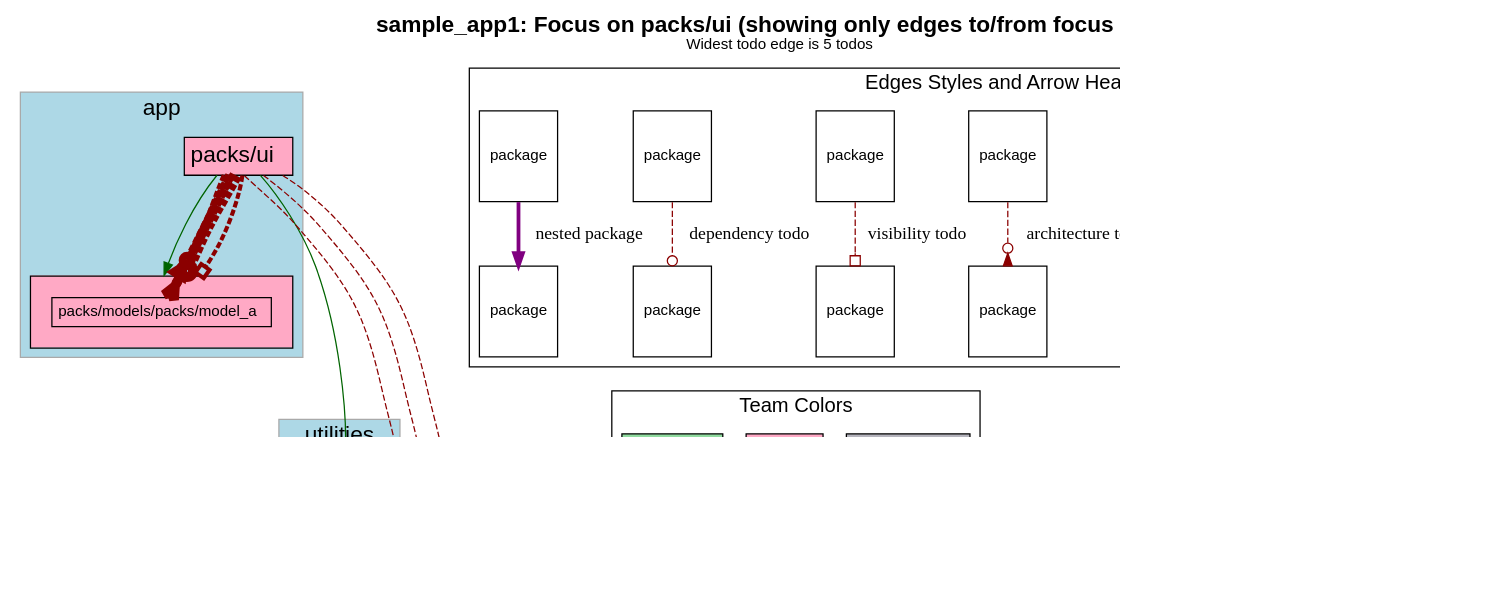
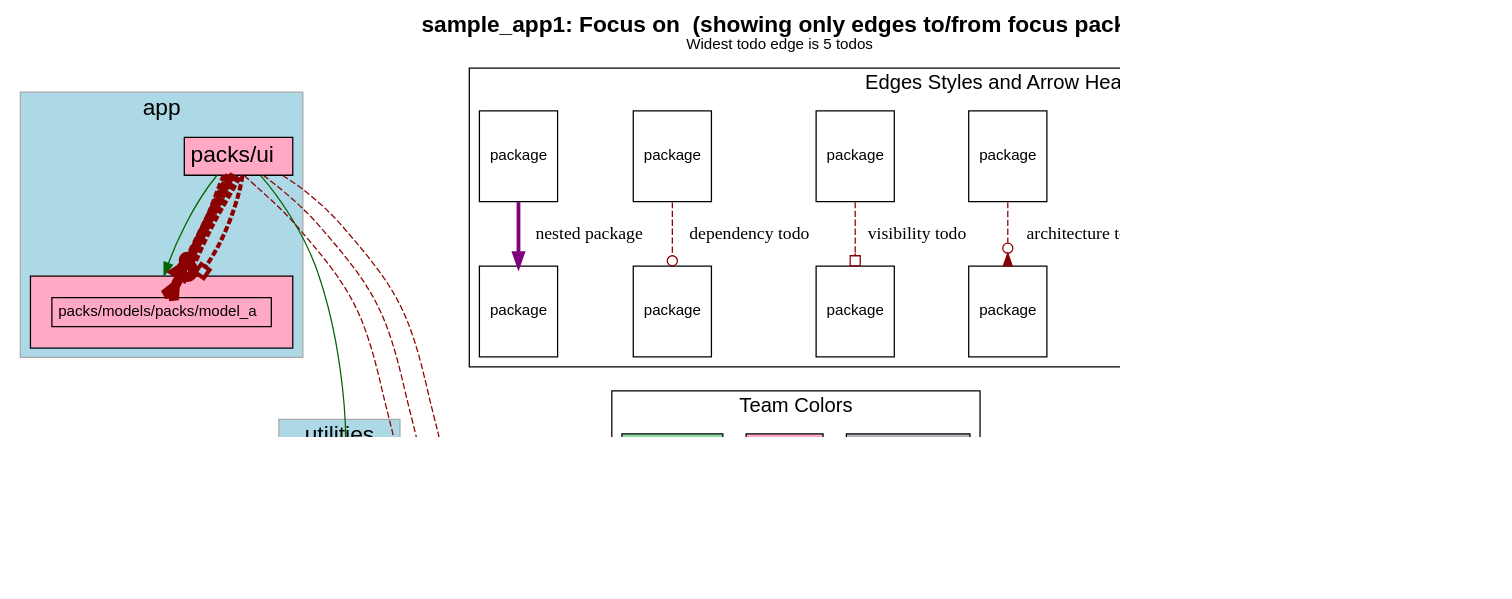
Before and after one commit to rubyatscale/visualize_packs: the diagram in spec/sample_app1/test_output/focussed_on_packs_ui_focus_edges.dot, drawn with Graphviz. The commit also changed 4 other files, not shown here.

```diff
--- a/spec/sample_app1/test_output/focussed_on_packs_ui_focus_edges.dot
+++ b/spec/sample_app1/test_output/focussed_on_packs_ui_focus_edges.dot
@@ -1,190 +1,190 @@
 digraph package_diagram {
   rankdir=TD
   graph [
     labelloc="t"
     fontname="Helvetica,Arial,sans-serif"
     dpi=100
     layout=dot
-    label=<<b>sample_app1: Focus on packs/ui (showing only edges to/from focus pack)</b><br/><font point-size='12'>Widest todo edge is 5 todos</font>>
+    label=<<b>sample_app1: Focus on  (showing only edges to/from focus pack)</b><br/><font point-size='12'>Widest todo edge is 5 todos</font>>
     fontsize=18
   ]
   node [
     fontname="Helvetica,Arial,sans-serif"
     fontsize=26.0
     fontcolor=black
     fillcolor=white
     color=black
     height=1.0
     style=filled
     shape=plain
   ]
     subgraph app {
       shape=box
       color=darkgrey
       fillcolor=lightblue
       style=filled
         label="app"
         cluster=true
         rank = 0        "packs/models/packs/model_a" [
             fontsize=12.0
               URL="https://github.com/rubyatscale/visualize_packwerk/tree/main/spec/sample_app/packs/models/packs/model_a"
 
               style=filled
               fillcolor="#FFA9C5"
             label= <
                 <table border='0' cellborder='1' cellspacing='0' cellpadding='16'><tr><td>
                   <table border='0' cellborder='1' cellspacing='0' cellpadding='4'>
                     <tr> <td port='private'> packs/models/packs/model_a </td> </tr>
                   </table>
                 </td></tr></table>
               >
           ]
         
         "packs/ui" [
             fontsize=18.0
               URL="https://github.com/rubyatscale/visualize_packwerk/tree/main/spec/sample_app/packs/ui"
 
               style=filled
               fillcolor="#FFA9C5"
             label= <
                 <table border='0' cellborder='1' cellspacing='0' cellpadding='4'>
                   <tr> <td align='left'> packs/ui </td> </tr>
                 </table>
               >
           ]
         
     }
     subgraph utilities {
       shape=box
       color=darkgrey
       fillcolor=lightblue
       style=filled
         label="utilities"
         cluster=true
         rank = 1        "packs/utility" [
             fontsize=12.0
               URL="https://github.com/rubyatscale/visualize_packwerk/tree/main/spec/sample_app/packs/utility"
 
               style=filled
               fillcolor="#91DBA0"
             label= <
                 <table border='0' cellborder='1' cellspacing='0' cellpadding='4'>
                   <tr> <td align='left'> packs/utility </td> </tr>
                 </table>
               >
           ]
         
     }
               "packs/models/packs/model_a" -> "packs/utility" [ style=invis ]
               "packs/ui" -> "packs/utility" [ style=invis ]
     subgraph NotInLayer {
       shape=box
       color=darkgrey
       fillcolor=lightblue
       style=filled
         cluster=false
         "." [
             fontsize=12.0
               URL="https://github.com/rubyatscale/visualize_packwerk/tree/main/spec/sample_app/"
 
               style=filled
               fillcolor="#B5B4BD"
             label= <
                 <table border='0' cellborder='1' cellspacing='0' cellpadding='4'>
                   <tr> <td align='left'> . </td> </tr>
                 </table>
               >
           ]
         
     }
               "packs/utility" -> "." [ style=invis ]
           "packs/ui" -> "packs/models/packs/model_a" [ color=darkgreen ]
           "packs/ui" -> "packs/utility" [ color=darkgreen ]
             "packs/ui" -> "." [ color=darkred style=dashed
                 constraint=false
               # headlabel="dependency"
                 arrowhead=odot
               penwidth=1.0            ]
             "packs/ui" -> "." [ color=darkred style=dashed
                 constraint=false
               # headlabel="architecture"
                 arrowhead=invodot
               penwidth=1.0            ]
             "packs/ui" -> "." [ color=darkred style=dashed
                 constraint=false
               # headlabel="visibility"
                 arrowhead=obox
               penwidth=1.0            ]
             "packs/ui" -> "packs/models/packs/model_a" [ color=darkred style=dashed
                 constraint=false
               # headlabel="dependency"
                 arrowhead=odot
               penwidth=10.0            ]
             "packs/ui" -> "packs/models/packs/model_a":private [ color=darkred style=dashed
                 constraint=false
               # headlabel="privacy"
                 arrowhead=crow
               penwidth=7.75            ]
             "packs/ui" -> "packs/models/packs/model_a" [ color=darkred style=dashed
                 constraint=false
               # headlabel="architecture"
                 arrowhead=invodot
               penwidth=5.5            ]
             "packs/ui" -> "packs/models/packs/model_a" [ color=darkred style=dashed
                 constraint=false
               # headlabel="visibility"
                 arrowhead=obox
               penwidth=3.25            ]
     subgraph cluster_legend {
       fontsize=16
       label="Edges Styles and Arrow Heads"
       A [ fontsize=12 shape=box label="package"]
       B [ fontsize=12 shape=box label="package"]
       C [ fontsize=12 shape=box label="package"]
       D [ fontsize=12 shape=box label="package"]
       E [ fontsize=12 shape=box label="package"]
       F [ fontsize=12 shape=box label="package"]
       G [ fontsize=12 shape=box label="package"]
       H [ fontsize=12 shape=box label="package"]
       I [ fontsize=12 shape=box label="package"]
       J [ fontsize=12 shape=box label="package"]
       K [ fontsize=12 shape=box label="package"]
       L [ fontsize=12 shape=box label="package"]
       A -> B [label="accepted dependency" color=darkgreen]
       C -> D [label="privacy todo" color=darkred style=dashed arrowhead=crow]
       E -> F [label="architecture todo" color=darkred style=dashed arrowhead=invodot]
       G -> H [label="visibility todo" color=darkred style=dashed arrowhead=obox]
       I -> J [label="dependency todo" color=darkred style=dashed arrowhead=odot]
       K -> L [label="nested package" color=purple penwidth=3]
     }
   subgraph cluster_teams_legend {
     fontsize=16
     label="Team Colors"
 
       "ProdInfra TeamProdInfra Team" [
         label="ProdInfra Team"
         style=filled
         fillcolor="#B5B4BD"
         fontsize=12
         shape=box
       ]
 
       "UI TeamUI Team" [
         label="UI Team"
         style=filled
         fillcolor="#FFA9C5"
         fontsize=12
         shape=box
       ]
 
       "Utility TeamUtility Team" [
         label="Utility Team"
         style=filled
         fillcolor="#91DBA0"
         fontsize=12
         shape=box
       ]
 
   }
     J -> "Utility TeamUtility Team" [style=invis]
 }
```
